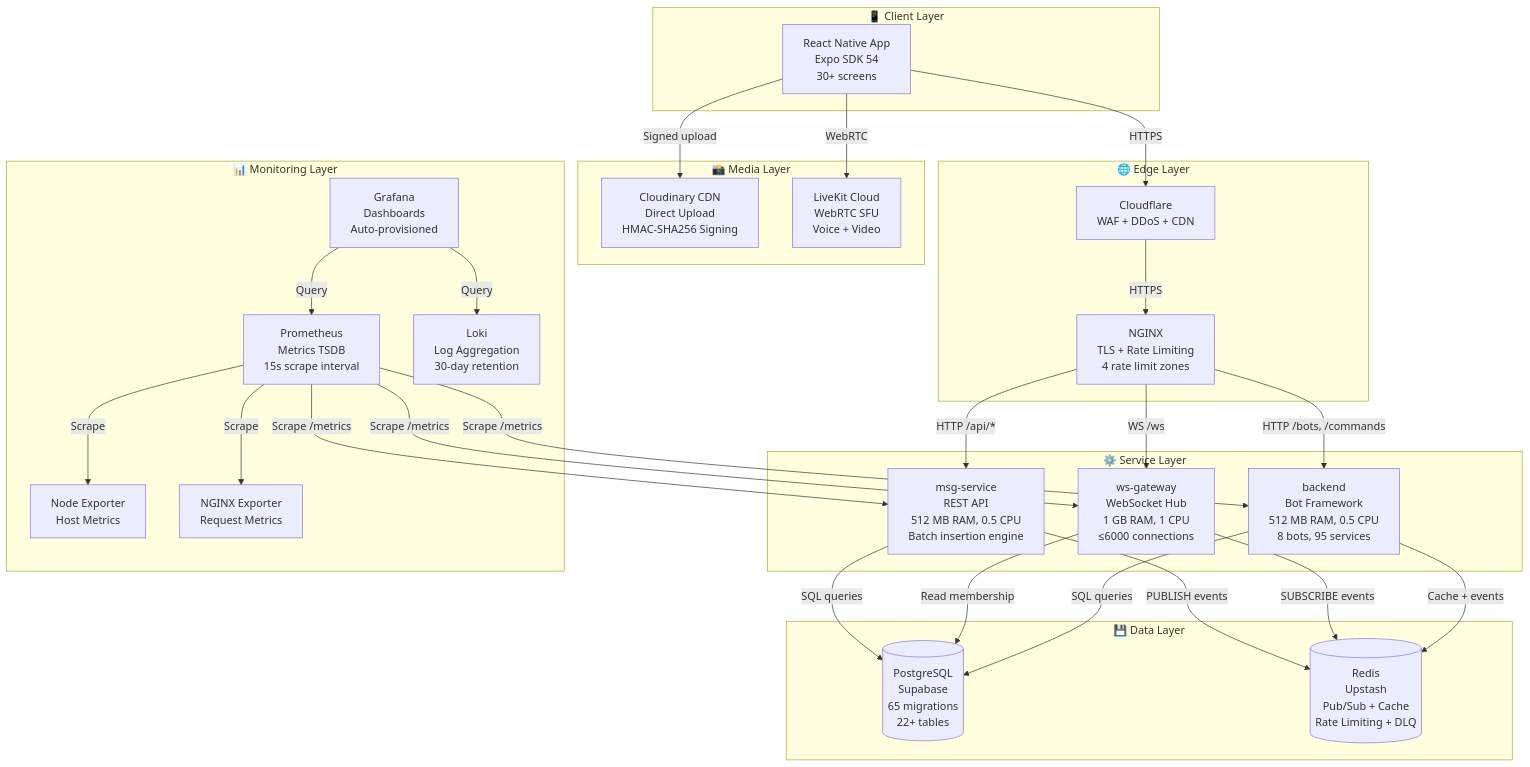
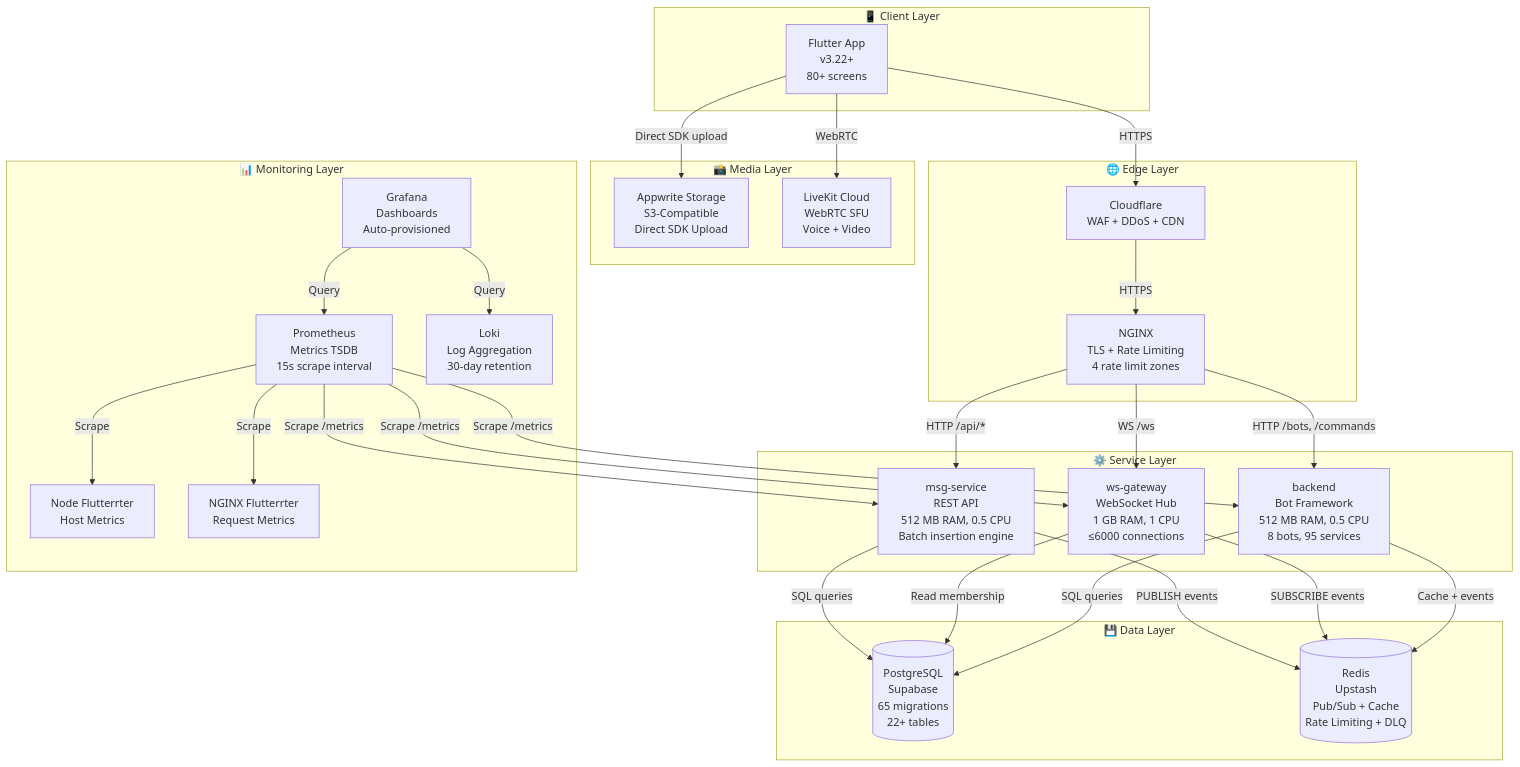
One commit to Santosh-Prasad-Verma/Flicko changed the first of 3 diagrams in docs/architecture/system-overview.md. Above: the diagram before and after it, drawn with Mermaid. The commit also changed other lines of this file and 3075 other files, not shown here.

````diff
--- a/docs/architecture/system-overview.md
+++ b/docs/architecture/system-overview.md
@@ -36,59 +36,59 @@
 ```mermaid
 graph TB
     subgraph CLIENT["📱 Client Layer"]
-        APP[React Native App<br/>Expo SDK 54<br/>30+ screens]
+        APP[Flutter App<br/>v3.22+<br/>80+ screens]
     end
 
     subgraph EDGE["🌐 Edge Layer"]
         CF[Cloudflare<br/>WAF + DDoS + CDN]
         NGX[NGINX<br/>TLS + Rate Limiting<br/>4 rate limit zones]
     end
 
     subgraph SERVICES["⚙️ Service Layer"]
         WS[ws-gateway<br/>WebSocket Hub<br/>1 GB RAM, 1 CPU<br/>≤6000 connections]
         MSG[msg-service<br/>REST API<br/>512 MB RAM, 0.5 CPU<br/>Batch insertion engine]
         BE[backend<br/>Bot Framework<br/>512 MB RAM, 0.5 CPU<br/>8 bots, 95 services]
     end
 
     subgraph DATA["💾 Data Layer"]
         PG[(PostgreSQL<br/>Supabase<br/>65 migrations<br/>22+ tables)]
         RD[(Redis<br/>Upstash<br/>Pub/Sub + Cache<br/>Rate Limiting + DLQ)]
     end
 
     subgraph MEDIA["📸 Media Layer"]
-        CDN[Cloudinary CDN<br/>Direct Upload<br/>HMAC-SHA256 Signing]
+        AW[Appwrite Storage<br/>S3-Compatible<br/>Direct SDK Upload]
         LK[LiveKit Cloud<br/>WebRTC SFU<br/>Voice + Video]
     end
 
     subgraph MONITOR["📊 Monitoring Layer"]
         PROM[Prometheus<br/>Metrics TSDB<br/>15s scrape interval]
         GRAF[Grafana<br/>Dashboards<br/>Auto-provisioned]
         LOKI[Loki<br/>Log Aggregation<br/>30-day retention]
-        NODE[Node Exporter<br/>Host Metrics]
-        NGXE[NGINX Exporter<br/>Request Metrics]
+        NODE[Node Flutterrter<br/>Host Metrics]
+        NGXE[NGINX Flutterrter<br/>Request Metrics]
     end
 
     APP -->|HTTPS| CF
     CF -->|HTTPS| NGX
     NGX -->|HTTP /api/*| MSG
     NGX -->|WS /ws| WS
     NGX -->|HTTP /bots, /commands| BE
 
     MSG -->|SQL queries| PG
     MSG -->|PUBLISH events| RD
     WS -->|SUBSCRIBE events| RD
     WS -->|Read membership| PG
     BE -->|SQL queries| PG
     BE -->|Cache + events| RD
 
-    APP -->|Signed upload| CDN
+    APP -->|Direct SDK upload| AW
     APP -->|WebRTC| LK
 
     PROM -->|Scrape /metrics| WS
     PROM -->|Scrape /metrics| MSG
     PROM -->|Scrape /metrics| BE
     PROM -->|Scrape| NODE
     PROM -->|Scrape| NGXE
     GRAF -->|Query| PROM
     GRAF -->|Query| LOKI
 ```
````
